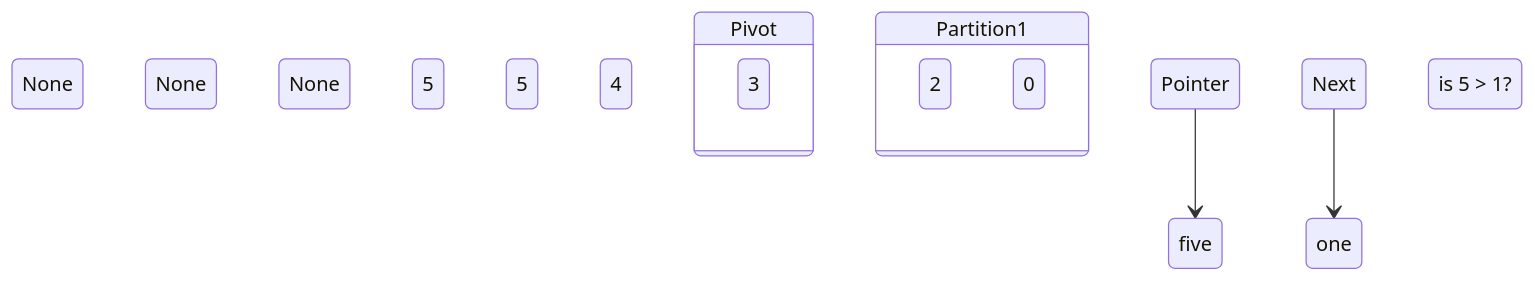
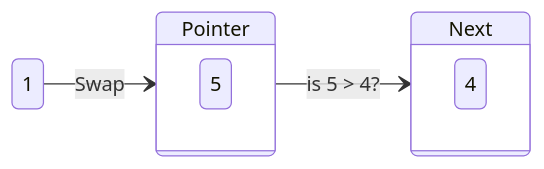
Diagram 15 of 19 in docs/cs2430_CodingCadets_p1_Report.md (AegeanGrey/ProgrammingProject0_CS-2430), drawn with Mermaid before and after one commit. The commit also changed other lines of this file, not shown here.

Commit message:
Quicksort Diagram

````diff
--- a/docs/cs2430_CodingCadets_p1_Report.md
+++ b/docs/cs2430_CodingCadets_p1_Report.md
@@ -412,24 +452,17 @@
 ```mermaid
 stateDiagram-v2
+    direction LR
+    one: 1
     
-    state "None" as none1
-    state "None" as none2
-    state "None" as none3
-    
-    state "5" as five1
-    state "5" as five2
-    state "4" as four1
-    
-    state Pivot {
-        three: 3
+    state Pointer {
+        five: 5
     }
     
-    state Partition1 {
-        two: 2
-        zero: 0
+    state Next {
+        four: 4
     }
-	Pointer --> five
-	Next --> one
-	Note: is 5 > 1?
-	class Note note
+    
+    direction LR
+    one --> Pointer: Swap
+    Pointer --> Next: is 5 > 4?
 ```
````
